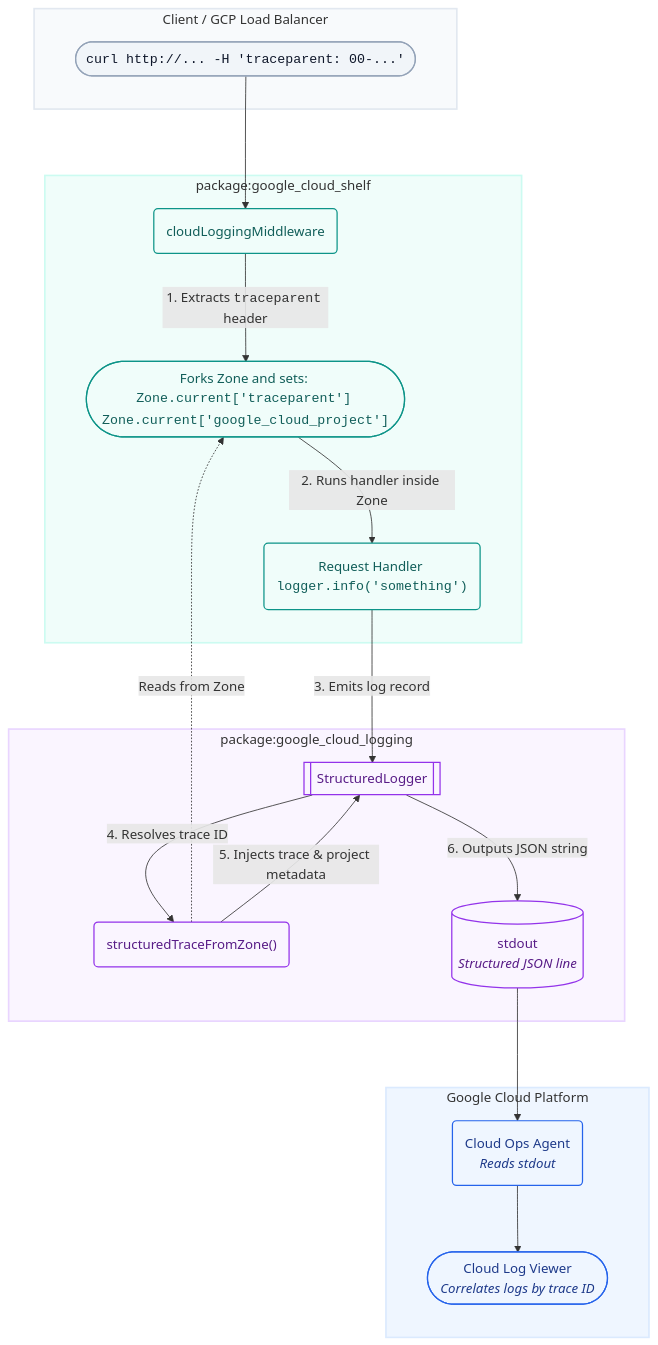
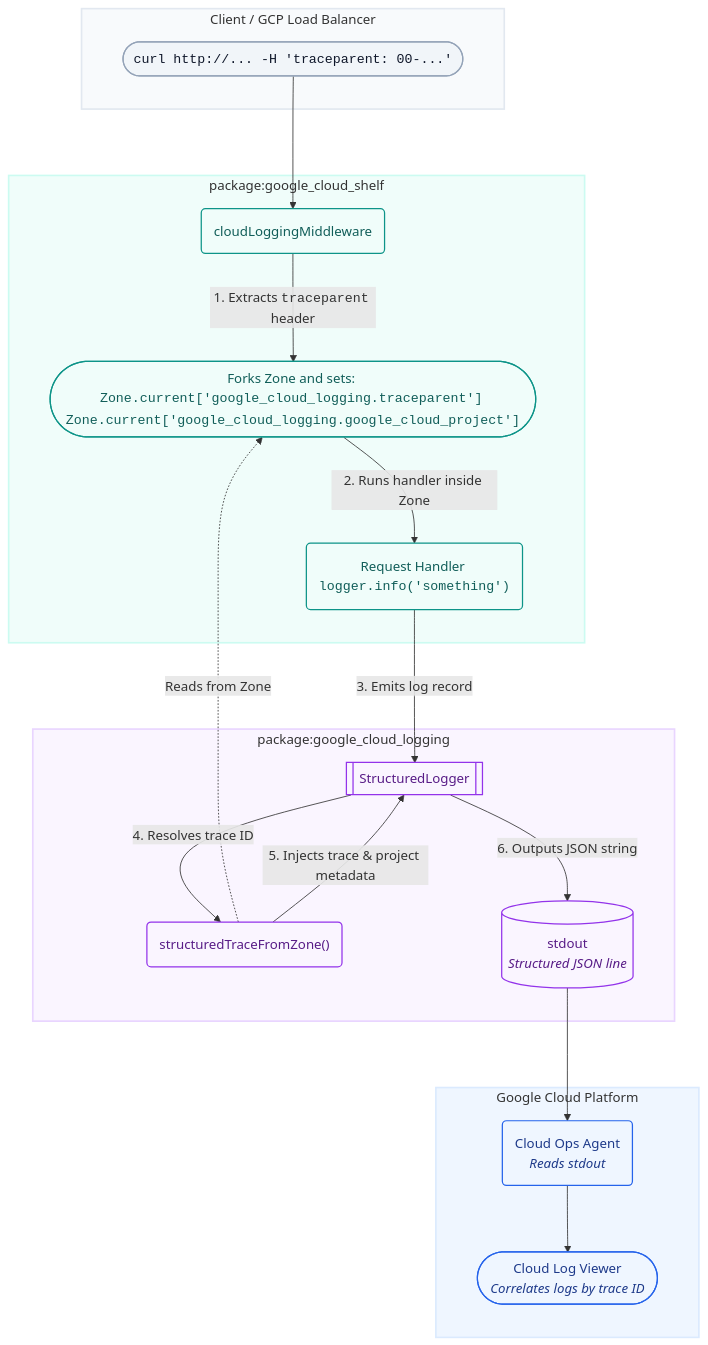
The diagram in pkgs/google_cloud_logging/ARCHITECTURE.md (googleapis/google-cloud-dart), drawn with Mermaid before and after one commit. The commit also changed 3 other files, not shown here.

First line of the commit message:
refactor(google_cloud_logging)!: namespace zone variable keys (#294)

````diff
--- a/pkgs/google_cloud_logging/ARCHITECTURE.md
+++ b/pkgs/google_cloud_logging/ARCHITECTURE.md
@@ -41,54 +41,54 @@
 ```mermaid
 %%{init: {'flowchart': {'nodeSpacing': 80, 'rankSpacing': 80, 'subGraphPadding': 30}}}%%
 flowchart TD
     %% Subgraph styling
     style Client fill:#F8FAFC,stroke:#E2E8F0,stroke-width:2px
     style Shelf fill:#F0FDFA,stroke:#CCFBF1,stroke-width:2px
     style Logging fill:#FAF5FF,stroke:#E9D5FF,stroke-width:2px
     style GCP fill:#EFF6FF,stroke:#DBEAFE,stroke-width:2px
 
     subgraph Client["Client / GCP Load Balancer"]
         Req(["<code style='white-space: nowrap;'>curl http://... -H 'traceparent: 00-...'</code>"])
     end
 
     subgraph Shelf["package:google_cloud_shelf"]
         MW("cloudLoggingMiddleware")
-        Zone(["Forks Zone and sets: <br><code>Zone.current['traceparent']</code> <br><code>Zone.current['google_cloud_project']</code>"])
+        Zone(["Forks Zone and sets: <br><code>Zone.current['google_cloud_logging.traceparent']</code> <br><code>Zone.current['google_cloud_logging.google_cloud_project']</code>"])
         Handler("Request Handler <br><code>logger.info('something')</code>")
 
         Req --> MW
         MW -->|"1. Extracts <code>traceparent</code> header"| Zone
         Zone -->|"2. Runs handler inside Zone"| Handler
     end
 
     subgraph Logging["package:google_cloud_logging"]
         SL[["StructuredLogger"]]
         TraceZone("structuredTraceFromZone()")
         Stdout[("stdout <br><i>Structured JSON line</i>")]
 
         Handler -->|"3. Emits log record"| SL
         SL -->|"4. Resolves trace ID"| TraceZone
         TraceZone -.->|"Reads from Zone"| Zone
         TraceZone -->|"5. Injects trace & project metadata"| SL
         SL -->|"6. Outputs JSON string"| Stdout
     end
 
     subgraph GCP["Google Cloud Platform"]
         Agent("Cloud Ops Agent <br><i>Reads stdout</i>")
         Viewer(["Cloud Log Viewer <br><i>Correlates logs by trace ID</i>"])
 
         Stdout --> Agent
         Agent --> Viewer
     end
 
     %% Node styling classes for a premium theme
     classDef clientNode fill:#F1F5F9,stroke:#94A3B8,stroke-width:1.5px,color:#0F172A;
     classDef shelfNode fill:#F0FDFA,stroke:#0D9488,stroke-width:1.5px,color:#115E59;
     classDef loggingNode fill:#FAF5FF,stroke:#9333EA,stroke-width:1.5px,color:#581C87;
     classDef gcpNode fill:#EFF6FF,stroke:#2563EB,stroke-width:1.5px,color:#1E3A8A;
 
     class Req clientNode;
     class MW,Zone,Handler shelfNode;
     class SL,TraceZone,Stdout loggingNode;
     class Agent,Viewer gcpNode;
 ```
````
